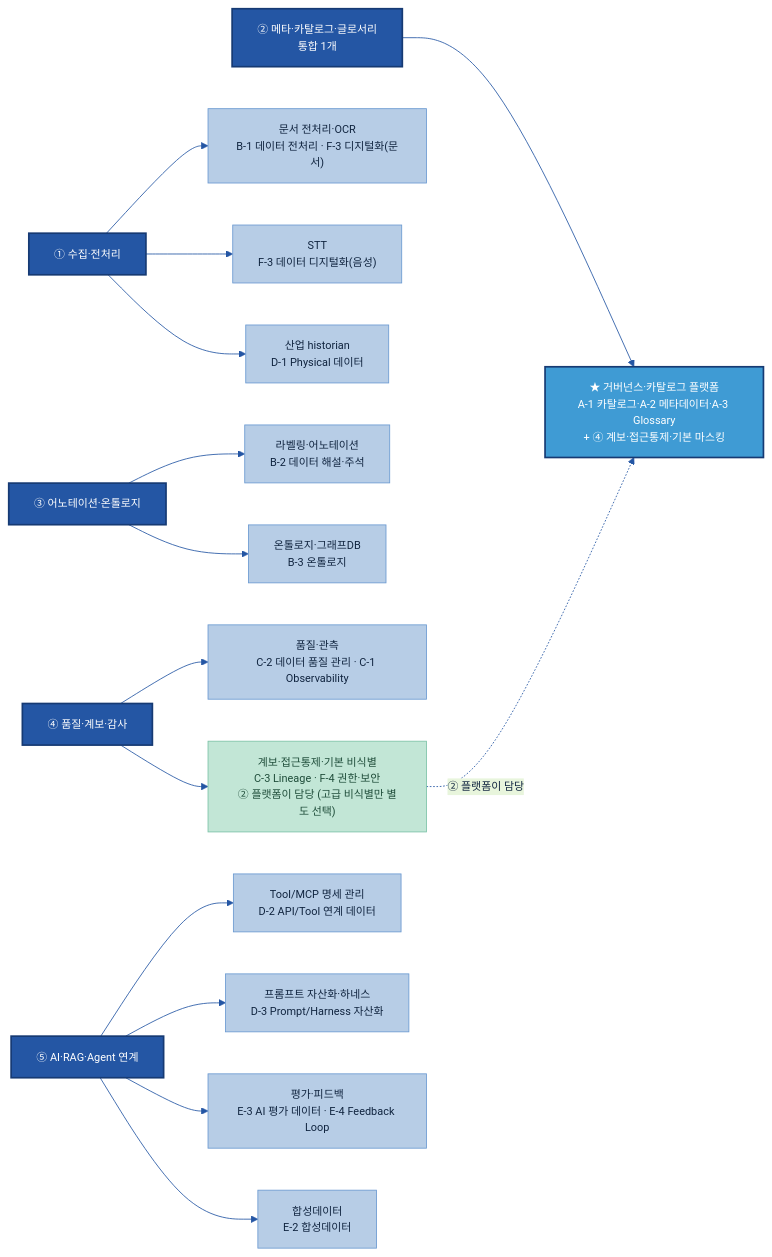
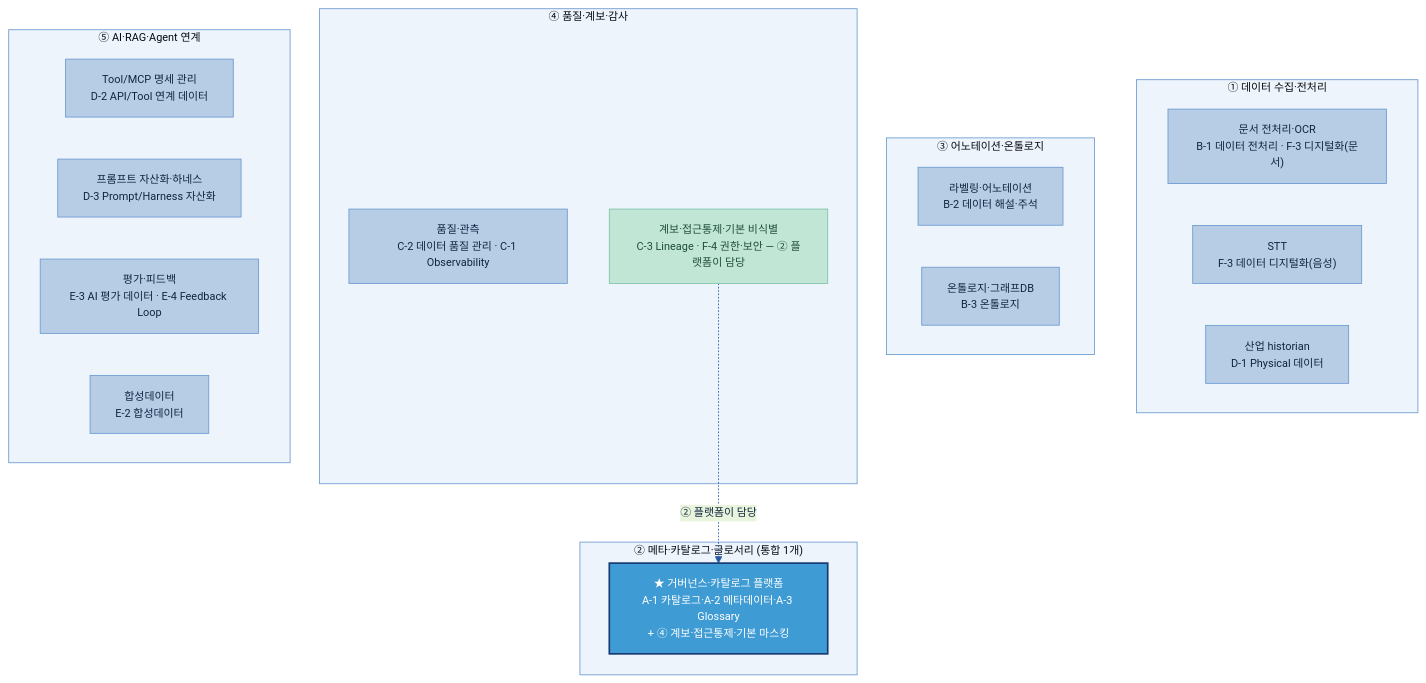
Before and after one commit to jin-kearney/ai-ready-data-manual: the diagram in Tech Player/03 제안 솔루션 구성 (영역별 솔루션 단위).md, drawn with Mermaid. The commit also changed other lines of this file, not shown here.

Commit message:
docs(techstack): 한 장 구조도를 영역별 그룹(subgraph) 박스로 — 영역→솔루션→주제 묶음
LR 트리 → 각 영역을 박스(subgraph)로 묶고 그 안에 솔루션과 데이터 주제를
넣는 그룹형으로 변경. 영역당 솔루션 1개=통합, 여러 개=나뉨이 박스 안
항목 수로 보이게. ② 거버넌스 플랫폼이 ④ 계보·접근통제·기본 마스킹까지
담당(점선). 최신 내용(⑤ 4개 솔루션·전체 주제명) 유지.

````diff
--- a/Tech Player/03 제안 솔루션 구성 (영역별 솔루션 단위).md
+++ b/Tech Player/03 제안 솔루션 구성 (영역별 솔루션 단위).md
@@ -51,32 +51,30 @@
 ```mermaid
-%%{init: {'theme':'base','themeVariables':{'primaryColor':'#DCE8F5','primaryBorderColor':'#2456A4','primaryTextColor':'#10243f','lineColor':'#2456A4','fontSize':'13px'}}}%%
-flowchart LR
-    AR1["① 수집·전처리"]:::area
-    AR2["② 메타·카탈로그·글로서리<br/>통합 1개"]:::area
-    AR3["③ 어노테이션·온톨로지"]:::area
-    AR4["④ 품질·계보·감사"]:::area
-    AR5["⑤ AI·RAG·Agent 연계"]:::area
-
-    AR1 --> S1["문서 전처리·OCR<br/>B-1 데이터 전처리 · F-3 디지털화(문서)"]:::sol
-    AR1 --> S2["STT<br/>F-3 데이터 디지털화(음성)"]:::sol
-    AR1 --> S3["산업 historian<br/>D-1 Physical 데이터"]:::sol
-
-    AR2 --> GOV["★ 거버넌스·카탈로그 플랫폼<br/>A-1 카탈로그·A-2 메타데이터·A-3 Glossary<br/>+ ④ 계보·접근통제·기본 마스킹"]:::plat
-
-    AR3 --> S4["라벨링·어노테이션<br/>B-2 데이터 해설·주석"]:::sol
-    AR3 --> S5["온톨로지·그래프DB<br/>B-3 온톨로지"]:::sol
-
-    AR4 --> S6["품질·관측<br/>C-2 데이터 품질 관리 · C-1 Observability"]:::sol
-    AR4 --> ABS["계보·접근통제·기본 비식별<br/>C-3 Lineage · F-4 권한·보안<br/>② 플랫폼이 담당 (고급 비식별만 별도 선택)"]:::asset
-
-    AR5 --> S8["Tool/MCP 명세 관리<br/>D-2 API/Tool 연계 데이터"]:::sol
-    AR5 --> S9["프롬프트 자산화·하네스<br/>D-3 Prompt/Harness 자산화"]:::sol
-    AR5 --> S10["평가·피드백<br/>E-3 AI 평가 데이터 · E-4 Feedback Loop"]:::sol
-    AR5 --> S11["합성데이터<br/>E-2 합성데이터"]:::sol
-
+%%{init: {'theme':'base','themeVariables':{'primaryColor':'#DCE8F5','primaryBorderColor':'#2456A4','primaryTextColor':'#10243f','lineColor':'#2456A4','clusterBkg':'#EEF4FB','clusterBorder':'#6B9AD1','fontSize':'13px'}}}%%
+flowchart TB
+    subgraph A1["① 데이터 수집·전처리"]
+        S1["문서 전처리·OCR<br/>B-1 데이터 전처리 · F-3 디지털화(문서)"]:::sol
+        S2["STT<br/>F-3 데이터 디지털화(음성)"]:::sol
+        S3["산업 historian<br/>D-1 Physical 데이터"]:::sol
+    end
+    subgraph A2["② 메타·카탈로그·글로서리 (통합 1개)"]
+        GOV["★ 거버넌스·카탈로그 플랫폼<br/>A-1 카탈로그·A-2 메타데이터·A-3 Glossary<br/>+ ④ 계보·접근통제·기본 마스킹"]:::plat
+    end
+    subgraph A3["③ 어노테이션·온톨로지"]
+        S4["라벨링·어노테이션<br/>B-2 데이터 해설·주석"]:::sol
+        S5["온톨로지·그래프DB<br/>B-3 온톨로지"]:::sol
+    end
+    subgraph A4["④ 품질·계보·감사"]
+        S6["품질·관측<br/>C-2 데이터 품질 관리 · C-1 Observability"]:::sol
+        ABS["계보·접근통제·기본 비식별<br/>C-3 Lineage · F-4 권한·보안 — ② 플랫폼이 담당"]:::asset
+    end
+    subgraph A5["⑤ AI·RAG·Agent 연계"]
+        S8["Tool/MCP 명세 관리<br/>D-2 API/Tool 연계 데이터"]:::sol
+        S9["프롬프트 자산화·하네스<br/>D-3 Prompt/Harness 자산화"]:::sol
+        S10["평가·피드백<br/>E-3 AI 평가 데이터 · E-4 Feedback Loop"]:::sol
+        S11["합성데이터<br/>E-2 합성데이터"]:::sol
+    end
     ABS -.->|② 플랫폼이 담당| GOV
-    classDef area fill:#2456A4,color:#fff,stroke:#163a73,stroke-width:2px;
     classDef sol fill:#B7CDE6,stroke:#6B9AD1,color:#10243f;
     classDef plat fill:#3F9BD4,stroke:#163a73,color:#fff,stroke-width:2px;
     classDef asset fill:#C2E6D6,stroke:#7CC2A7,color:#1f4d3a;
 ```
````
